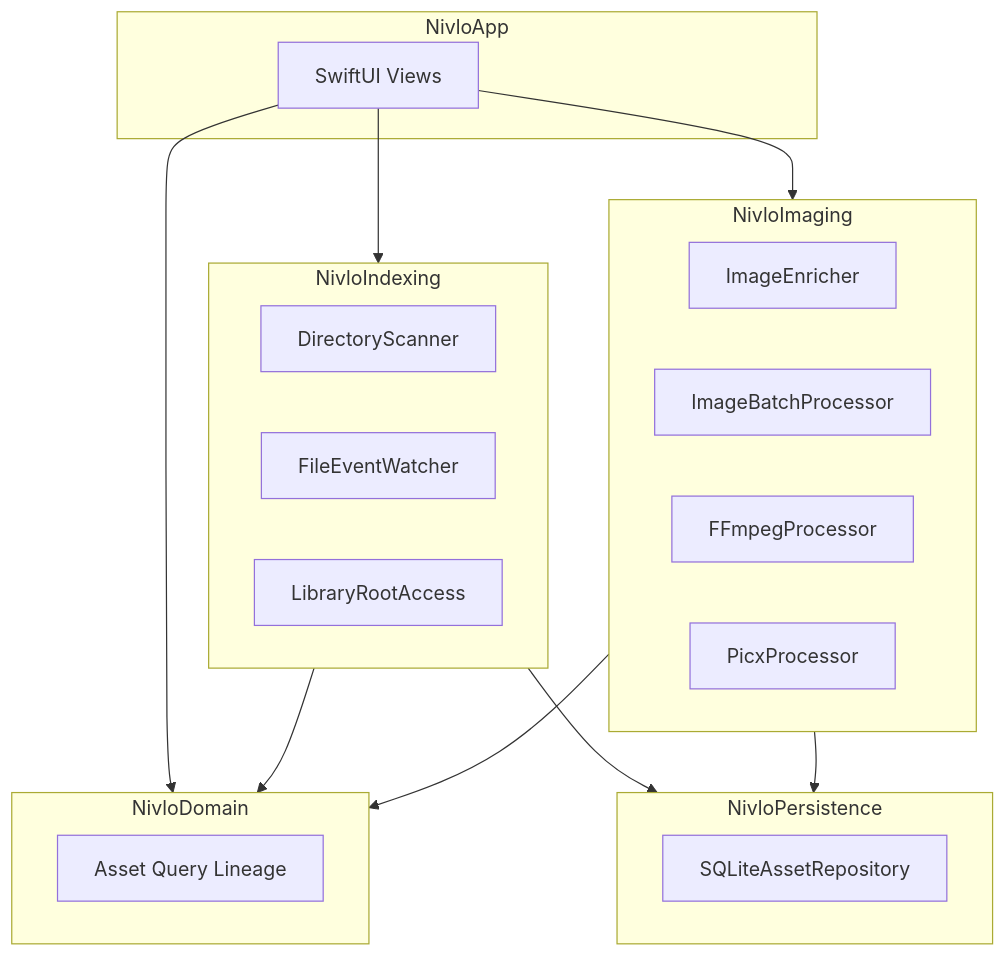
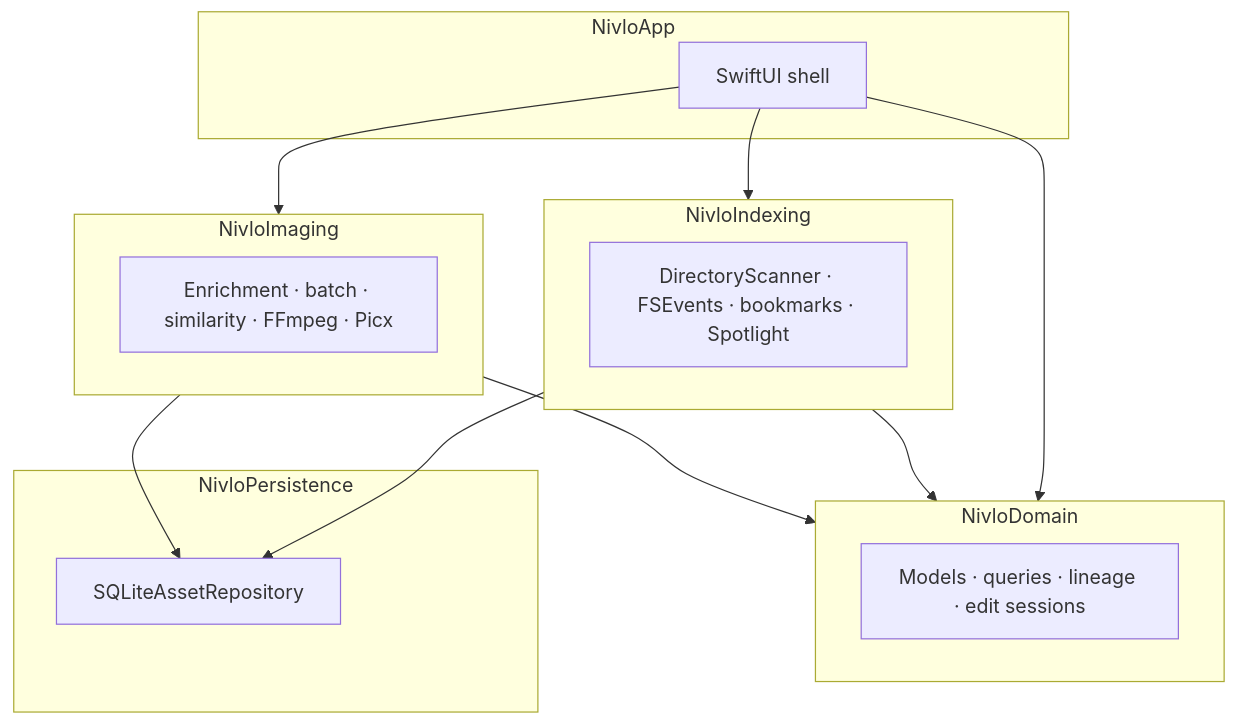
One commit to ingeniousfrog/Nivlo changed the second of 2 diagrams in README.md. Above: the diagram before and after it, drawn with Mermaid. The commit also changed other lines of this file and 7 other files, not shown here.

````diff
--- a/README.md
+++ b/README.md
@@ -123,30 +147,25 @@
 ```mermaid
 flowchart TB
   subgraph app [NivloApp]
-    UI[SwiftUI Views]
+    UI[SwiftUI shell]
   end
   subgraph domain [NivloDomain]
-    Models[Asset Query Lineage]
+    M[Models · queries · lineage · edit sessions]
   end
   subgraph indexing [NivloIndexing]
-    Scan[DirectoryScanner]
-    Watch[FileEventWatcher]
-    Access[LibraryRootAccess]
+    S[DirectoryScanner · FSEvents · bookmarks · Spotlight]
   end
   subgraph imaging [NivloImaging]
-    Enrich[ImageEnricher]
-    Batch[ImageBatchProcessor]
-    FFmpeg[FFmpegProcessor]
-    Picx[PicxProcessor]
+    I[Enrichment · batch · similarity · FFmpeg · Picx]
   end
   subgraph persistence [NivloPersistence]
-    SQLite[SQLiteAssetRepository]
+    DB[SQLiteAssetRepository]
   end
   UI --> domain
   UI --> indexing
   UI --> imaging
   indexing --> domain
   imaging --> domain
-  indexing --> persistence
-  imaging --> persistence
+  indexing --> DB
+  imaging --> DB
 ```
````
